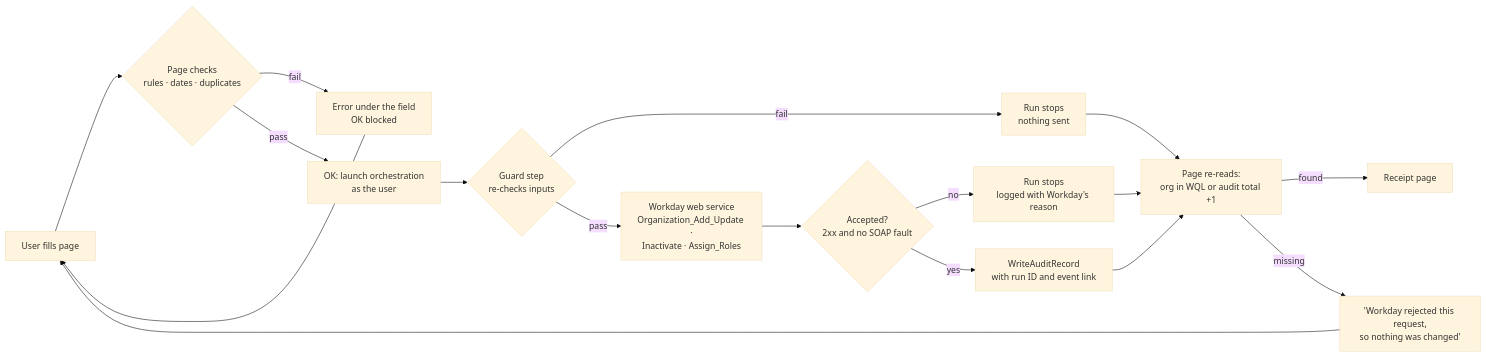
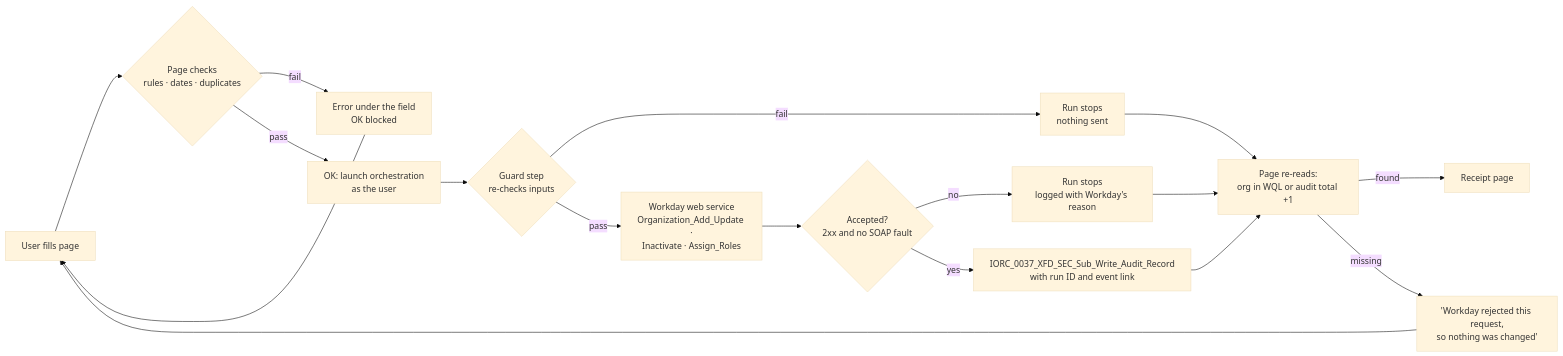
Before and after one commit to crismwan/ECO-COMS-Extend-App: the diagram in docs/confluence/diagrams/dataflow.mmd, drawn with Mermaid (base theme). The commit also changed 88 other files, not shown here.

```diff
--- a/docs/confluence/diagrams/dataflow.mmd
+++ b/docs/confluence/diagrams/dataflow.mmd
@@ -1,15 +1,15 @@
 flowchart LR
   A[User fills page] --> B{Page checks<br/>rules · dates · duplicates}
   B -- fail --> B1[Error under the field<br/>OK blocked] --> A
   B -- pass --> C[OK: launch orchestration<br/>as the user]
   C --> D{Guard step<br/>re-checks inputs}
   D -- fail --> D1[Run stops<br/>nothing sent]
   D -- pass --> E[Workday web service<br/>Organization_Add_Update ·<br/>Inactivate · Assign_Roles]
   E --> F{Accepted?<br/>2xx and no SOAP fault}
   F -- no --> F1[Run stops<br/>logged with Workday's reason]
-  F -- yes --> G[WriteAuditRecord<br/>with run ID and event link]
+  F -- yes --> G[IORC_0037_XFD_SEC_Sub_Write_Audit_Record<br/>with run ID and event link]
   G --> H[Page re-reads:<br/>org in WQL or audit total +1]
   D1 --> H
   F1 --> H
   H -- found --> I[Receipt page]
   H -- missing --> J["'Workday rejected this request,<br/>so nothing was changed'"] --> A
```
